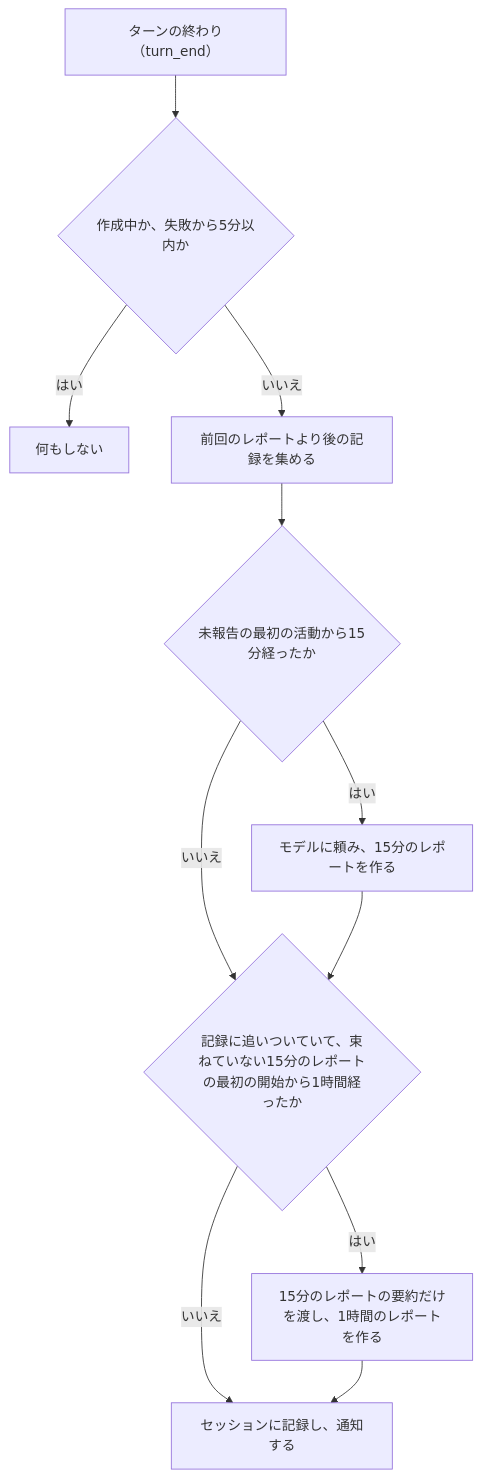
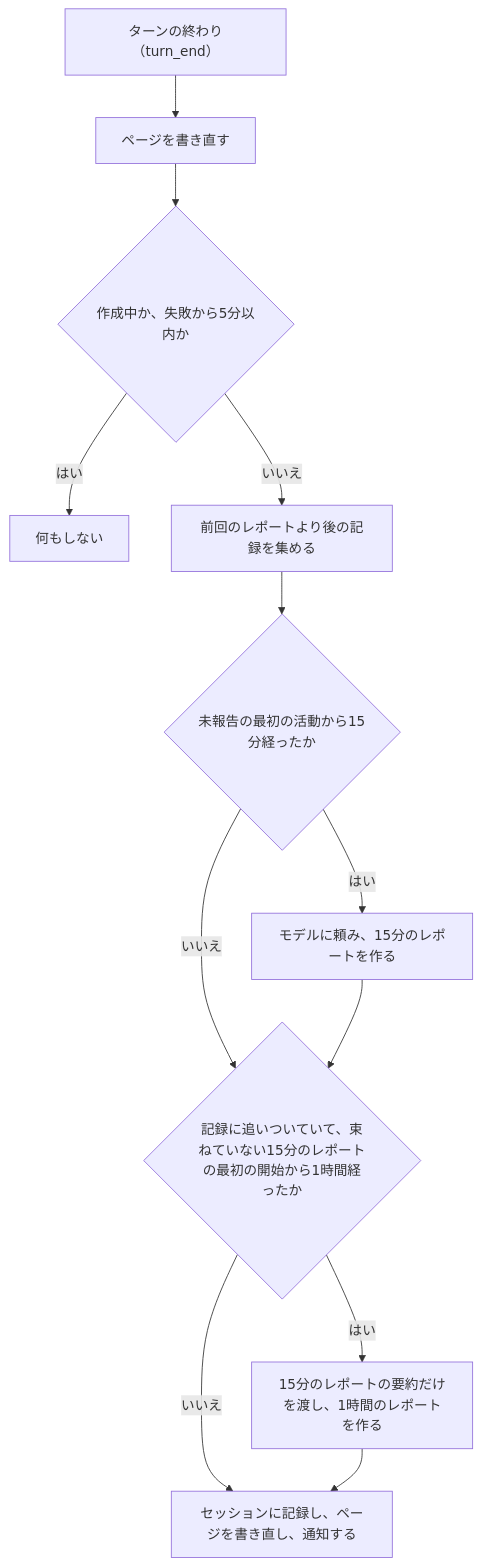
One commit to MINTY1st/pi-todo-timeline changed the diagram in README.md. Above: the diagram before and after it, drawn with Mermaid. The commit also changed other lines of this file, not shown here.

Commit message:
docs(pi-timeline): ページの使い方と設定、直しに回さない条件

````diff
--- a/README.md
+++ b/README.md
@@ -71,13 +86,14 @@
 ```mermaid
 flowchart TD
-    TurnEnd["ターンの終わり（turn_end）"] --> Busy{"作成中か、失敗から5分以内か"}
+    TurnEnd["ターンの終わり（turn_end）"] --> Page["ページを書き直す"]
+    Page --> Busy{"作成中か、失敗から5分以内か"}
     Busy -->|はい| Skip["何もしない"]
     Busy -->|いいえ| Delta["前回のレポートより後の記録を集める"]
     Delta --> Due{"未報告の最初の活動から15分経ったか"}
     Due -->|はい| Base["モデルに頼み、15分のレポートを作る"]
     Due -->|いいえ| Rollup
     Base --> Rollup{"記録に追いついていて、束ねていない15分のレポートの最初の開始から1時間経ったか"}
     Rollup -->|はい| Parent["15分のレポートの要約だけを渡し、1時間のレポートを作る"]
     Rollup -->|いいえ| Save
-    Parent --> Save["セッションに記録し、通知する"]
+    Parent --> Save["セッションに記録し、ページを書き直し、通知する"]
 ```
````
